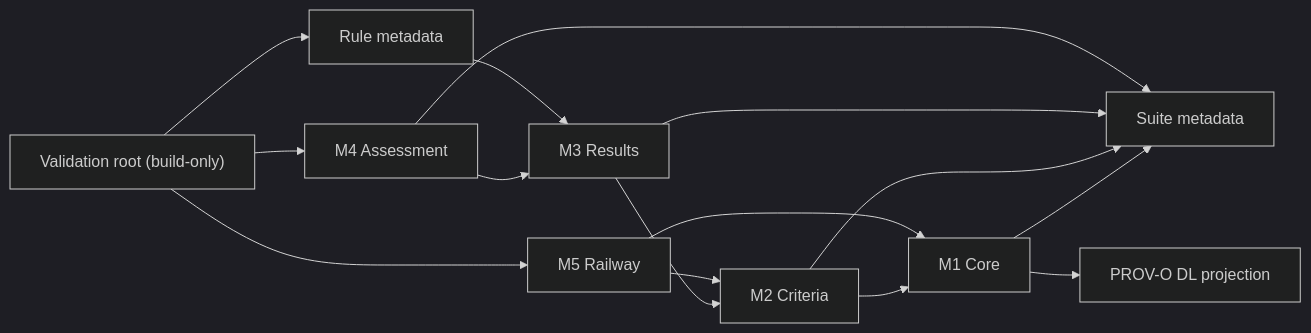
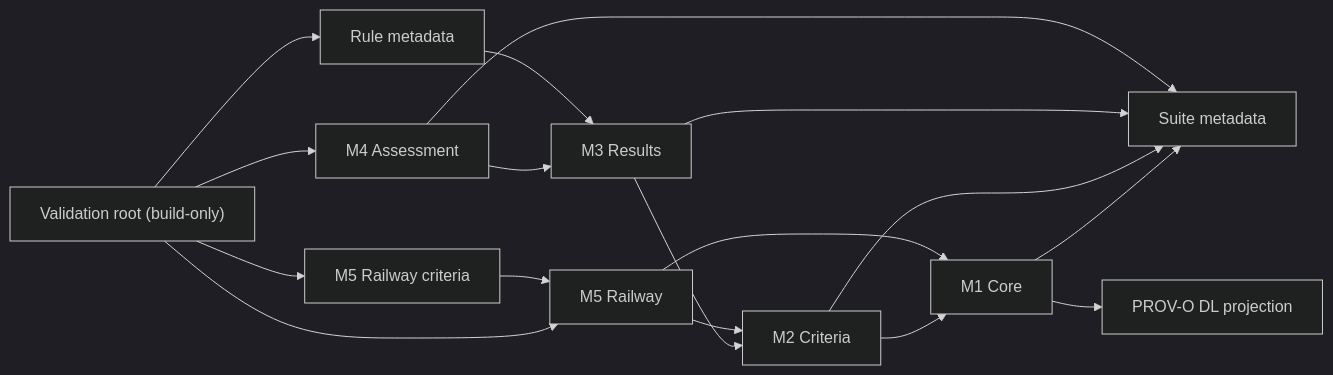
Before and after one commit to maryshap/railsec-scope-ontology: the diagram in docs/IMPORT_GRAPH.md, drawn with Mermaid (dark theme). The commit also changed other lines of this file and 15 other files, not shown here.

Commit message:
feat: migrate ETCS security facts and centralize railway criteria

````diff
--- a/docs/IMPORT_GRAPH.md
+++ b/docs/IMPORT_GRAPH.md
@@ -6,17 +6,19 @@
 ```mermaid
 flowchart LR
   V["Validation root (build-only)"] --> M4["M4 Assessment"]
   V --> M5["M5 Railway"]
+  V --> M5C["M5 Railway criteria"]
   V --> RULES["Rule metadata"]
   M4 --> M3["M3 Results"]
   M3 --> M2["M2 Criteria"]
   M2 --> M1["M1 Core"]
   M5 --> M2
   M5 --> M1
+  M5C --> M5
   RULES --> M3
   M1 --> META["Suite metadata"]
   M2 --> META
   M3 --> META
   M4 --> META
   M1 --> PROV["PROV-O DL projection"]
 ```
````
